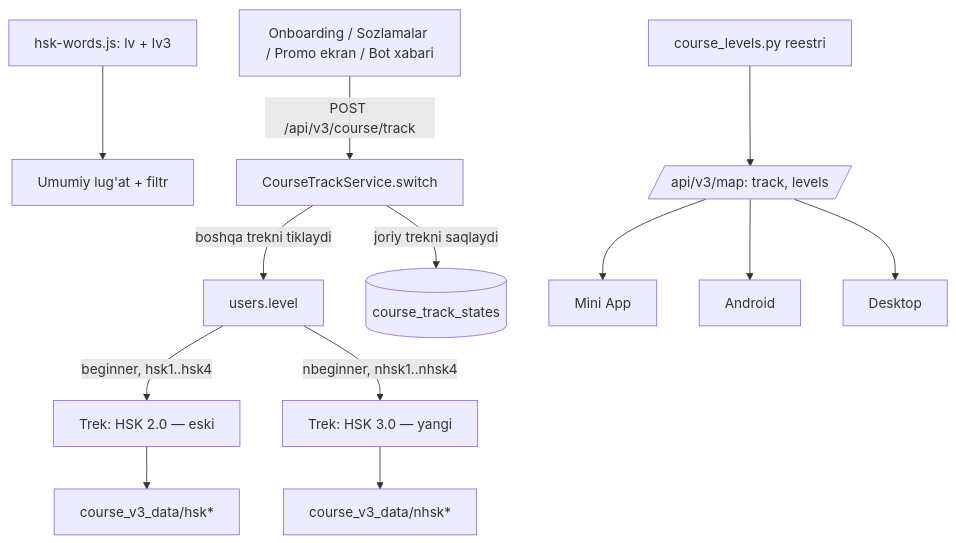
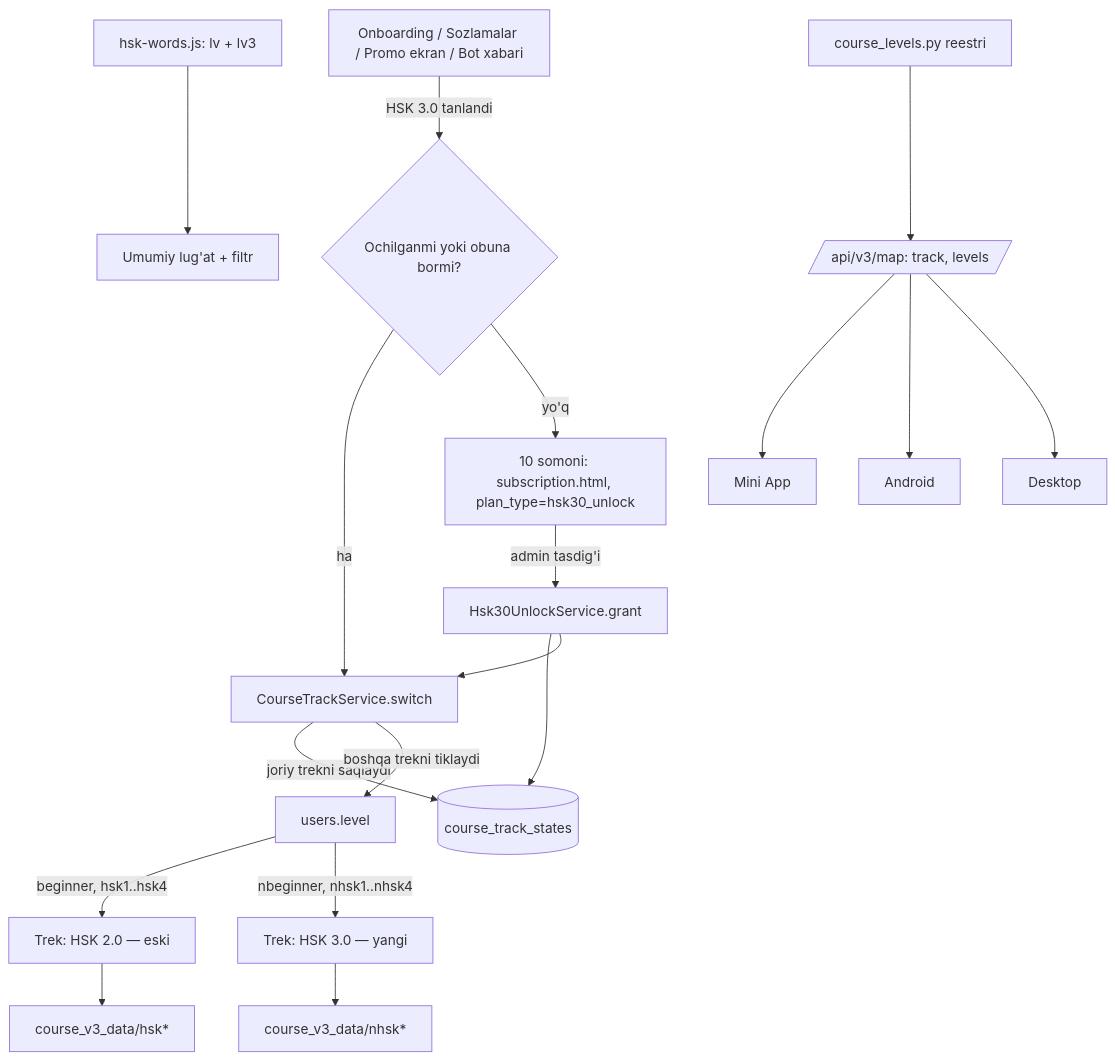
One commit to akbarholturaev11-lang/HSK-AI-Bot changed the diagram in docs/HSK_3.0_VERSIYASI.md. Above: the diagram before and after it, drawn with Mermaid. The commit also changed other lines of this file and 1 other file, not shown here.

First line of the commit message:
docs: HSK 3.0 rejasi — bir martalik 10 somoni va yakuniy qarorlar

````diff
--- a/docs/HSK_3.0_VERSIYASI.md
+++ b/docs/HSK_3.0_VERSIYASI.md
@@ -157,15 +222,20 @@
 ```mermaid
 flowchart TD
   U[users.level] -->|beginner, hsk1..hsk4| T2[Trek: HSK 2.0 — eski]
   U -->|nbeginner, nhsk1..nhsk4| T3[Trek: HSK 3.0 — yangi]
   T2 --> D2[course_v3_data/hsk*]
   T3 --> D3[course_v3_data/nhsk*]
   W[hsk-words.js: lv + lv3] --> DICT[Umumiy lug'at + filtr]
-  S[Onboarding / Sozlamalar / Promo ekran / Bot xabari] -->|POST /api/v3/course/track| SW[CourseTrackService.switch]
+  S[Onboarding / Sozlamalar / Promo ekran / Bot xabari] -->|HSK 3.0 tanlandi| G{Ochilganmi yoki obuna bormi?}
+  G -->|ha| SW[CourseTrackService.switch]
+  G -->|yo'q| PAY[10 somoni: subscription.html, plan_type=hsk30_unlock]
+  PAY -->|admin tasdig'i| UNL[Hsk30UnlockService.grant]
+  UNL --> CTS
+  UNL --> SW
   SW -->|joriy trekni saqlaydi| CTS[(course_track_states)]
   SW -->|boshqa trekni tiklaydi| U
   R[course_levels.py reestri] --> API[/api/v3/map: track, levels/]
   API --> MA[Mini App]
   API --> AN[Android]
   API --> DT[Desktop]
 ```
````
